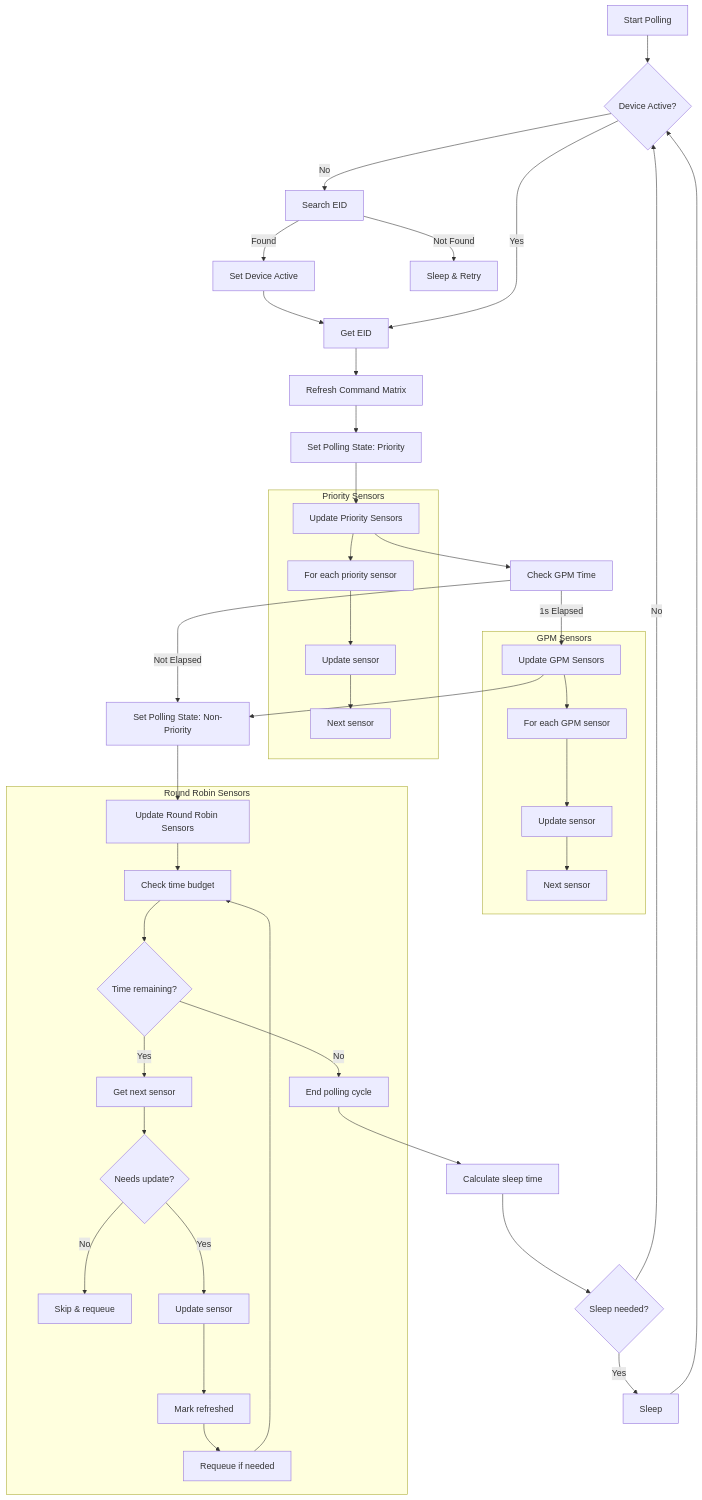
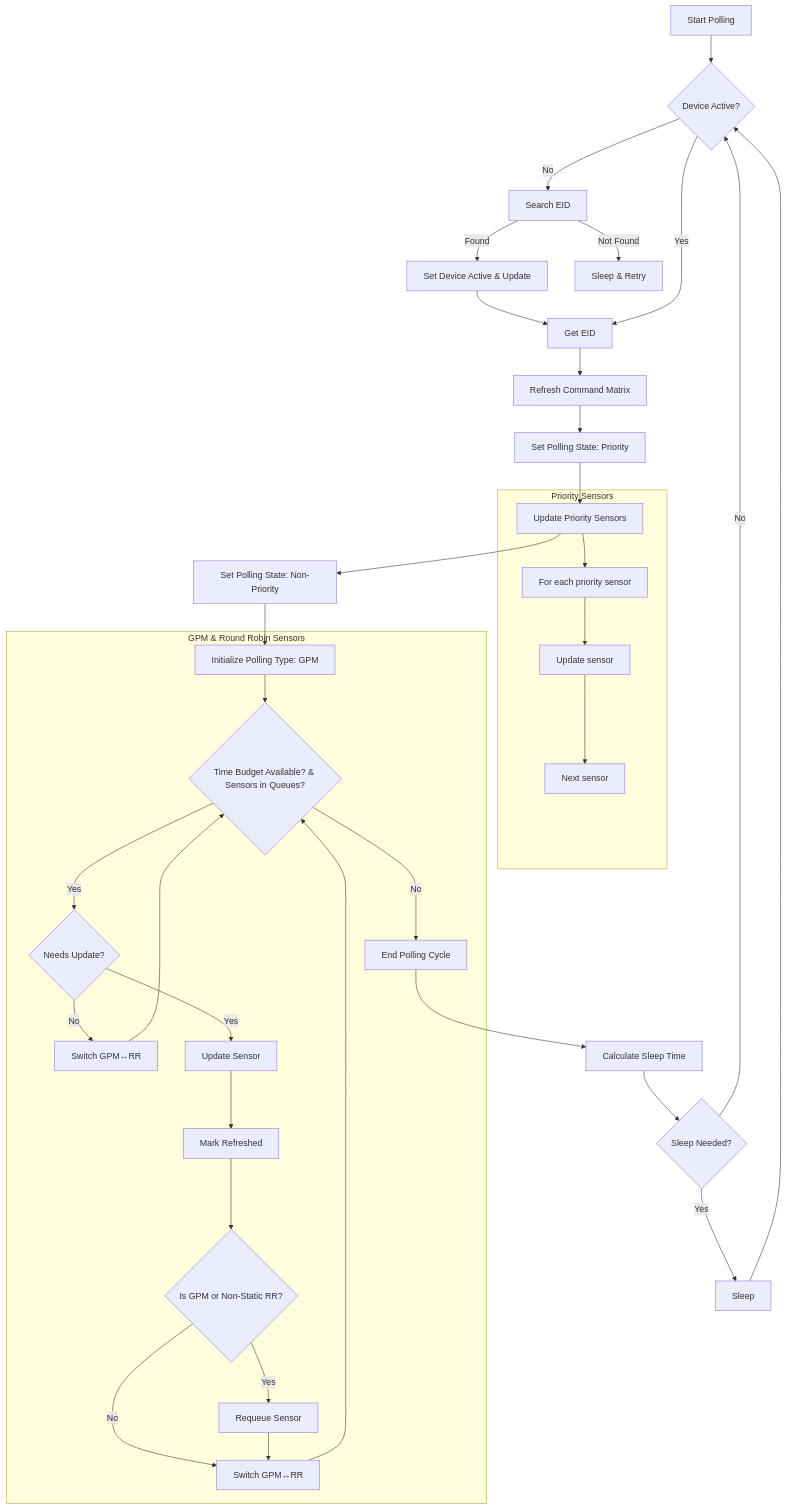
Before and after one commit to NVIDIA/nvbmc-docs: the second of 7 diagrams in nvidia/NSM/nsmd.md, drawn with Mermaid. The commit also changed other lines of this file, not shown here.

Commit message:
Enhance sensor polling loop documentation with detailed features
- Expanded documentation for the sensor polling loop, detailing
  the multi-tiered approach to sensor updates, including priority
  sensors, GPM, round-robin sensors, time management, device state
  management, and error handling.
- Updated mermaid flowcharts to reflect the new structure and
  processes for sensor updates, ensuring clarity in the polling
  cycle.

Fixes JIRA https://jirasw.nvidia.com/browse/DGXOPENBMC-17164

````diff
--- a/nvidia/NSM/nsmd.md
+++ b/nvidia/NSM/nsmd.md
@@ -270,48 +298,43 @@
 ```mermaid
 graph TD
     A[Start Polling] --> B{Device Active?}
     B -->|No| C[Search EID]
-    C -->|Found| D[Set Device Active]
+    C -->|Found| D[Set Device Active & Update]
     C -->|Not Found| E[Sleep & Retry]
     D --> F[Get EID]
     B -->|Yes| F
     F --> G[Refresh Command Matrix]
     G --> H[Set Polling State: Priority]
     H --> I[Update Priority Sensors]
-    I --> J[Check GPM Time]
-    J -->|1s Elapsed| K[Update GPM Sensors]
-    J -->|Not Elapsed| L[Set Polling State: Non-Priority]
-    K --> L
-    L --> M[Update Round Robin Sensors]
+    I --> J[Set Polling State: Non-Priority]
+    J --> K[Initialize Polling Type: GPM]
     
     subgraph Priority Sensors
         I --> I1[For each priority sensor]
         I1 --> I2[Update sensor]
         I2 --> I3[Next sensor]
     end
     
-    subgraph GPM Sensors
-        K --> K1[For each GPM sensor]
-        K1 --> K2[Update sensor]
-        K2 --> K3[Next sensor]
+    subgraph GPM & Round Robin Sensors
+        K --> L{Time Budget Available? & Sensors in Queues?}
+        L -->|No| M[End Polling Cycle]
+        L -->|Yes| N{Needs Update?}
+        
+        N -->|No| O[Switch GPM↔RR]
+        N -->|Yes| P[Update Sensor]
+        P --> Q[Mark Refreshed]
+        Q --> R{Is GPM or Non-Static RR?}
+        R -->|Yes| S[Requeue Sensor]
+        R -->|No| T[Switch GPM↔RR]
+        
+        O --> L
+        S --> T
+        T --> L
     end
     
-    subgraph Round Robin Sensors
-        M --> M1[Check time budget]
-        M1 --> M2{Time remaining?}
-        M2 -->|No| M3[End polling cycle]
-        M2 -->|Yes| M4[Get next sensor]
-        M4 --> M5{Needs update?}
-        M5 -->|No| M6[Skip & requeue]
-        M5 -->|Yes| M7[Update sensor]
-        M7 --> M8[Mark refreshed]
-        M8 --> M9[Requeue if needed]
-        M9 --> M1
-    end
-    
-    M3 --> N[Calculate sleep time]
-    N --> O{Sleep needed?}
-    O -->|Yes| P[Sleep]
-    O -->|No| B
-    P --> B
+    M --> W[Calculate Sleep Time]
+    W --> X{Sleep Needed?}
+    X -->|Yes| Y[Sleep]
+    X -->|No| B
+    Y --> B
 ```
````
